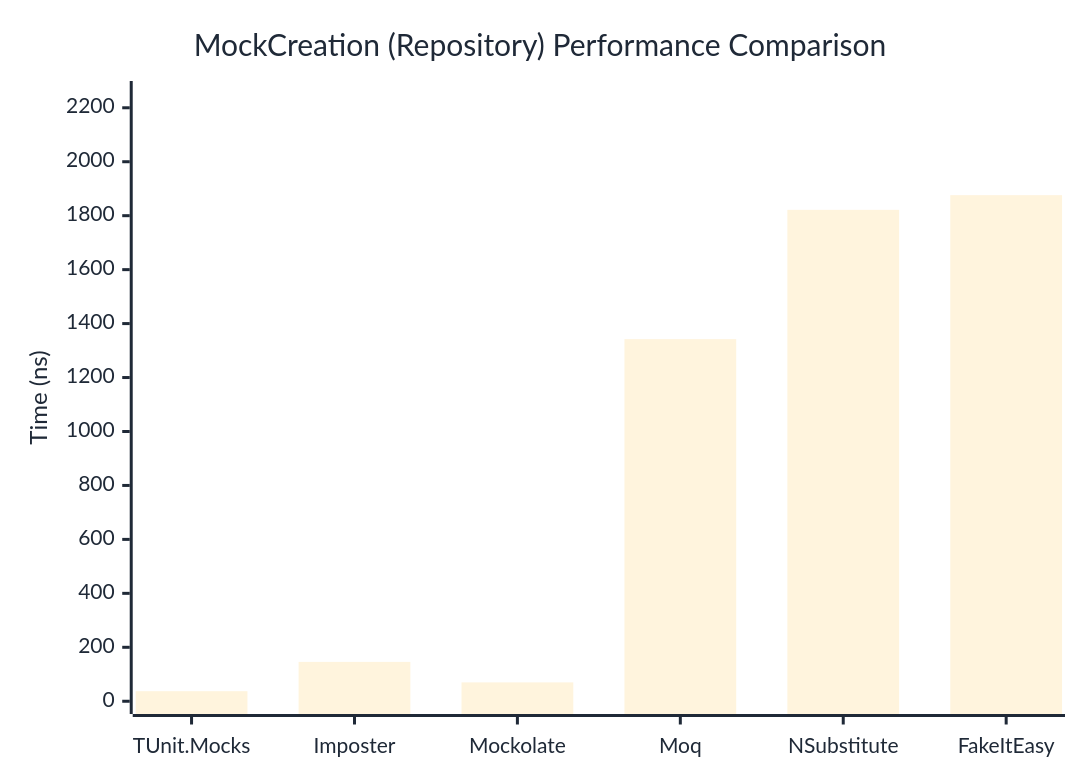
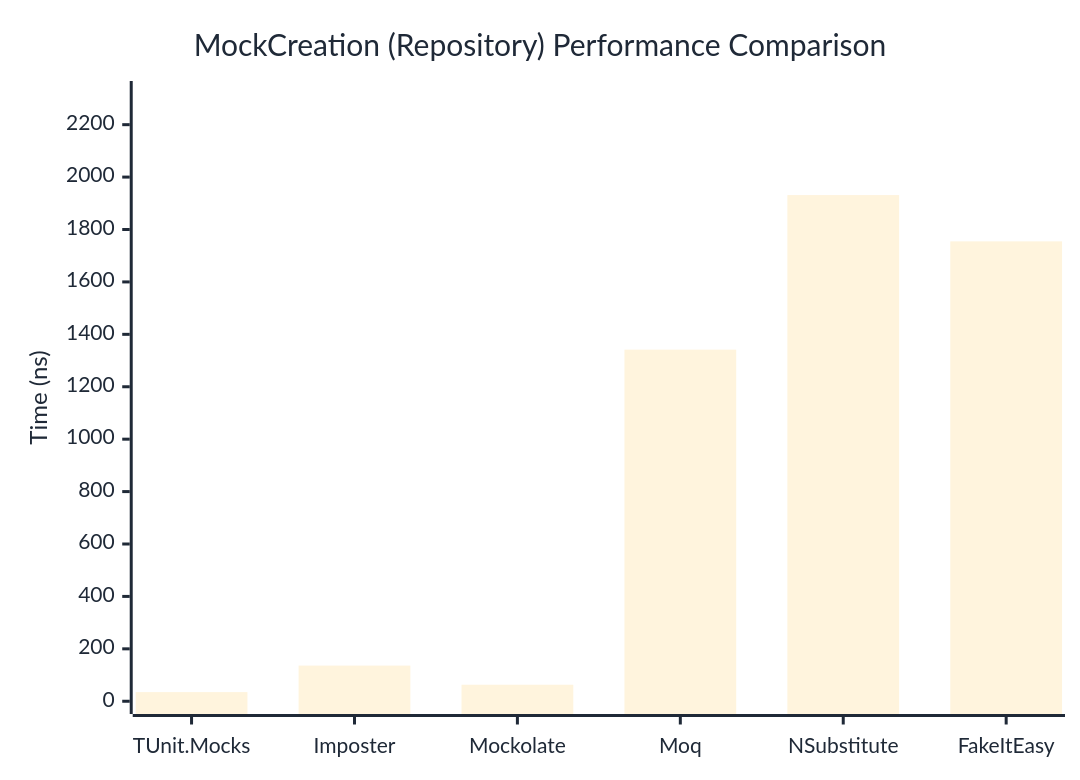
Before and after one commit to thomhurst/TUnit: the second of 2 diagrams in docs/docs/benchmarks/mocks/MockCreation.md, drawn with Mermaid. The commit also changed other lines of this file and 14 other files, not shown here.

````diff
--- a/docs/docs/benchmarks/mocks/MockCreation.md
+++ b/docs/docs/benchmarks/mocks/MockCreation.md
@@ -69,27 +69,27 @@
 ```mermaid
 %%{init: {
   'theme':'base',
   'themeVariables': {
     'primaryColor': '#2563eb',
     'primaryTextColor': '#1f2937',
     'primaryBorderColor': '#1e40af',
     'lineColor': '#6b7280',
     'secondaryColor': '#7c3aed',
     'tertiaryColor': '#dc2626',
     'background': '#ffffff',
     'pie1': '#2563eb',
     'pie2': '#7c3aed',
     'pie3': '#dc2626',
     'pie4': '#f59e0b',
     'pie5': '#10b981',
     'pie6': '#06b6d4',
     'pie7': '#ec4899',
     'pie8': '#6366f1'
   }
 }}%%
 xychart-beta
   title "MockCreation (Repository) Performance Comparison"
   x-axis ["TUnit.Mocks", "Imposter", "Mockolate", "Moq", "NSubstitute", "FakeItEasy"]
-  y-axis "Time (ns)" 0 --> 2252
-  bar [37.3, 145.91, 69.91, 1342.37, 1821.67, 1876.09]
+  y-axis "Time (ns)" 0 --> 2318
+  bar [34.87, 136.11, 63.06, 1341.56, 1931.34, 1754.72]
 ```
````
